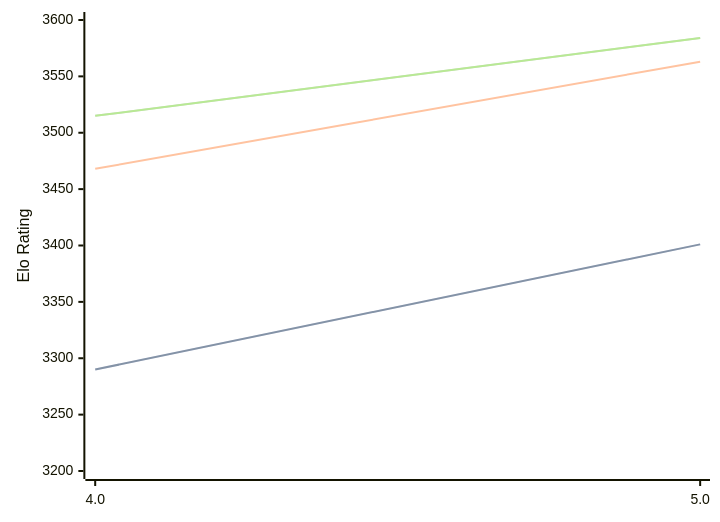
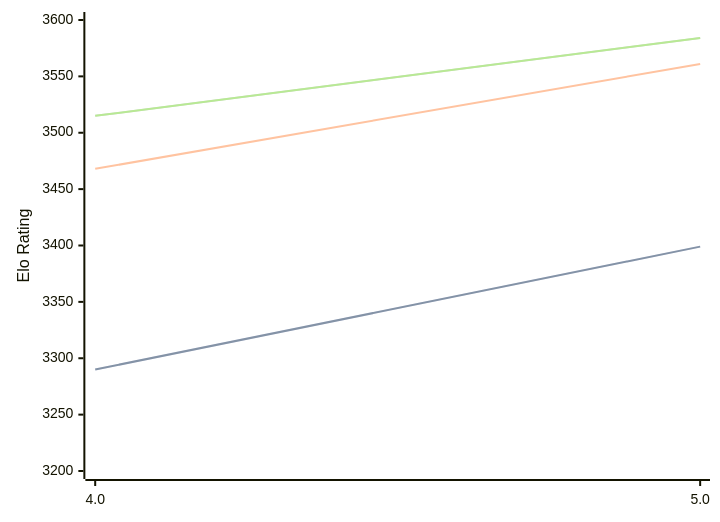
Before and after one commit to computer-chess-index/cci: the diagram in engines/Tarnished.md, drawn with Mermaid. The commit also changed other lines of this file, not shown here.

Commit message:
Update CCI Ratings (ELO VLTC) - 2026-04-28

````diff
--- a/engines/Tarnished.md
+++ b/engines/Tarnished.md
@@ -36,11 +36,11 @@
 ```mermaid
 %%{init: {"theme":"base","themeVariables":{"seriesColors:['#a3a3a3','#222221','#faa371']}}}%%
 xychart-beta
   x-axis ["4.0", "5.0"]
   y-axis "Elo Rating" 3200 --> 3600
-  line "STC (8.0+0.08s)" [3290, 3401]
-  line "STC (8.0+0.08s)" [3290, 3401]
-  line "LTC (60.0+0.60s)" [3468, 3563]
+  line "STC (8.0+0.08s)" [3290, 3399]
+  line "STC (8.0+0.08s)" [3290, 3399]
+  line "LTC (60.0+0.60s)" [3468, 3561]
   line "VLTC (2m24s+1.12s)" [3515, 3584]
   line "VLTC (2m24s+1.12s)" [3515, 3584]
 ```
````
